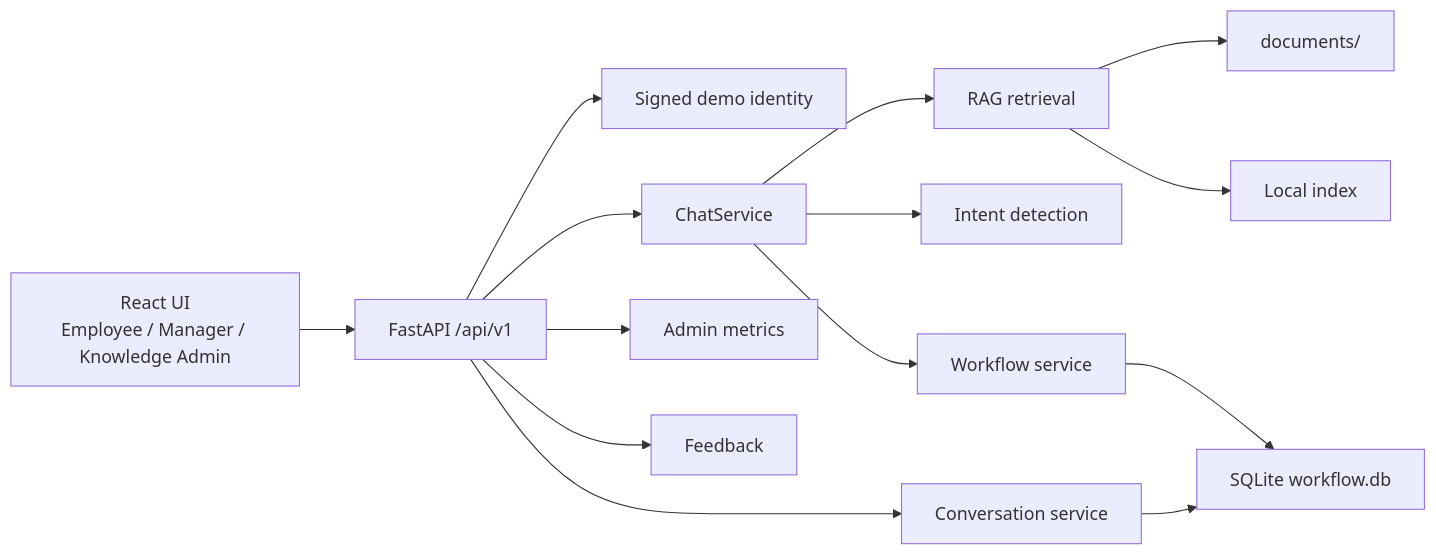
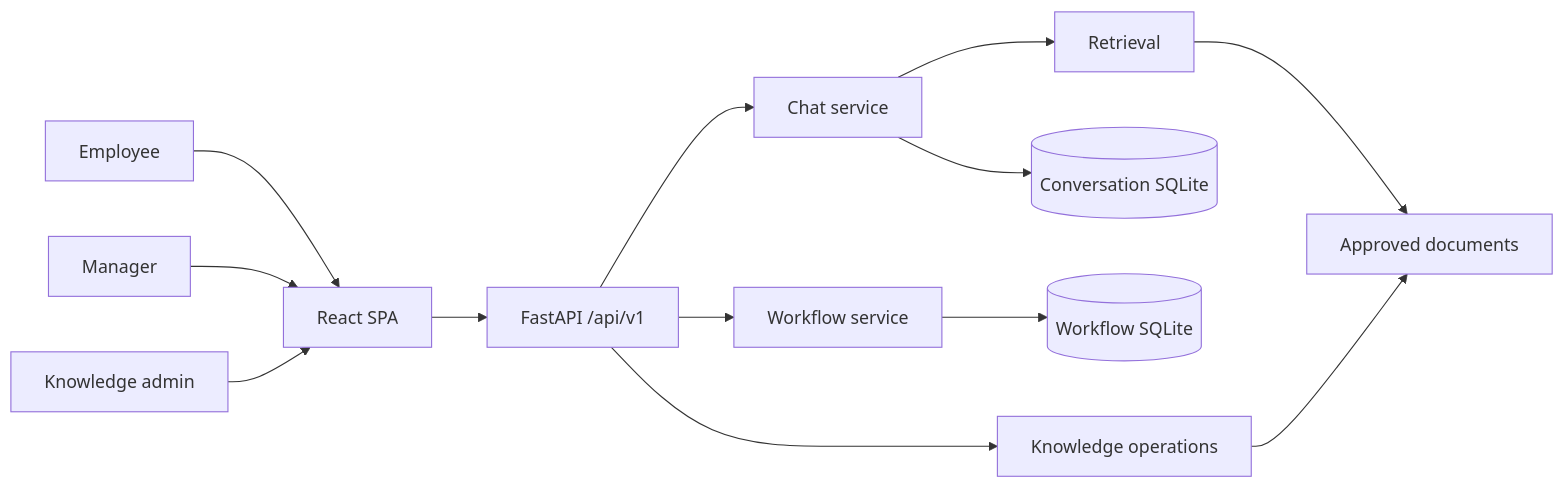
One commit to JDH-d/AI-in-HR_DEMO changed the diagram in README.md. Above: the diagram before and after it, drawn with Mermaid. The commit also changed other lines of this file and 132 other files, not shown here.

````diff
--- a/README.md
+++ b/README.md
@@ -212,16 +111,17 @@
-```mermaid
+~~~mermaid
 flowchart LR
-    React["React UI<br/>Employee / Manager / Knowledge Admin"] --> API["FastAPI /api/v1"]
-    API --> Auth["Signed demo identity"]
-    API --> Chat["ChatService"]
-    API --> Conversations["Conversation service"]
-    Chat --> Intent["Intent detection"]
-    Chat --> RAG["RAG retrieval"]
-    Chat --> Workflow["Workflow service"]
-    RAG --> Docs["documents/"]
-    RAG --> Index["Local index"]
-    Workflow --> SQLite["SQLite workflow.db"]
-    Conversations --> SQLite
-    API --> Metrics["Admin metrics"]
-    API --> Feedback["Feedback"]
-```
+    E[Employee] --> UI[React SPA]
+    M[Manager] --> UI
+    K[Knowledge admin] --> UI
+
+    UI --> API[FastAPI /api/v1]
+    API --> CHAT[Chat service]
+    API --> FLOW[Workflow service]
+    API --> OPS[Knowledge operations]
+
+    CHAT --> RAG[Retrieval]
+    RAG --> DOCS[Approved documents]
+    CHAT --> HISTORY[(Conversation SQLite)]
+    FLOW --> REQUESTS[(Workflow SQLite)]
+    OPS --> DOCS
+~~~
````
